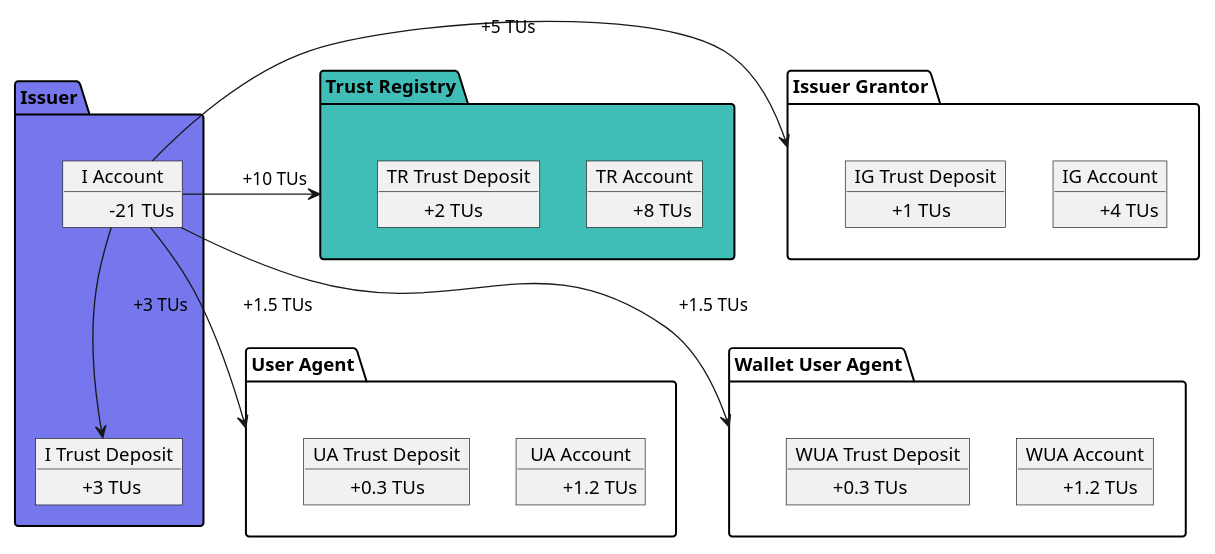
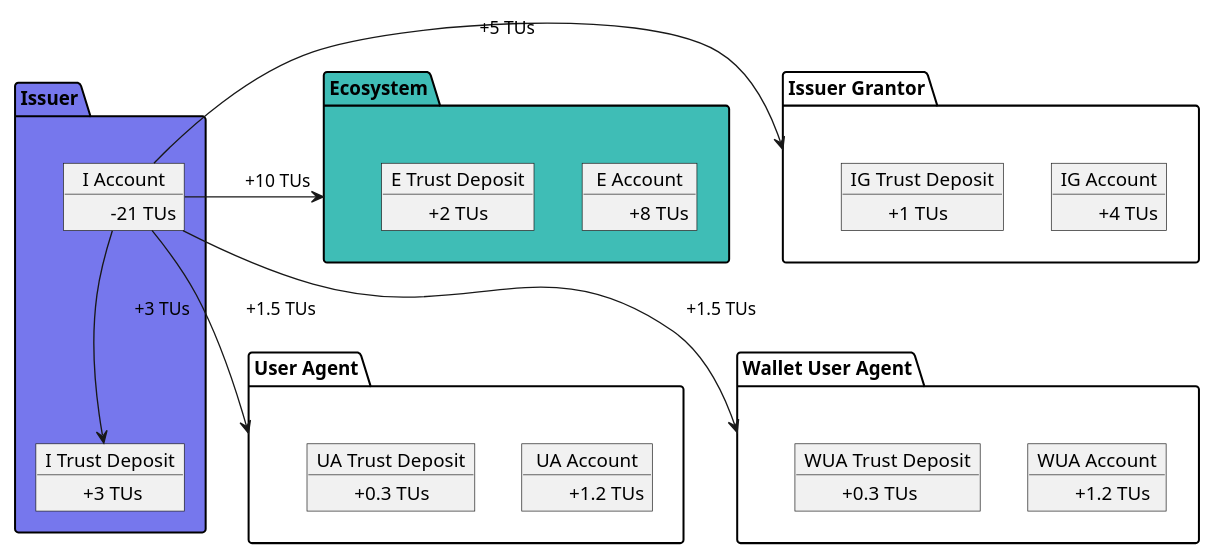
Before and after one commit to verana-labs/verifiable-trust-vpr-spec: the sixth of 15 diagrams in spec.md, drawn with PlantUML. The commit also changed other lines of this file and 1 other file, not shown here.

````diff
--- a/spec.md
+++ b/spec.md
@@ -484,68 +592,68 @@
 ```plantuml
 
 @startuml
 scale max 800 width
  
 
-package "Trust Registry" as tr #3fbdb6 {
-    object "TR Account" as tra {
+package "Ecosystem" as tr #3fbdb6 {
+    object "E Account" as tra {
          \t+8 TUs
     }
-    object "TR Trust Deposit" as trtd {
+    object "E Trust Deposit" as trtd {
          \t+2 TUs
     }
 }
 
 package "Issuer Grantor" as ig {
     object "IG Account" as iga {
         \t+4 TUs
     }
     object "IG Trust Deposit" as igtd {
         \t+1 TUs
     }
 }
 package "Issuer" as issuer #7677ed {
     object "I Account" as issuera {
          \t-21 TUs
     }
     object "I Trust Deposit" as issuertd {
          \t+3 TUs
     }
 
 }
 
 package "User Agent" as ua {
     object "UA Account" as uaa {
          \t+1.2 TUs
     }
     object "UA Trust Deposit" as uatd {
         \t+0.3 TUs
     }
 
 }
 package "Wallet User Agent" as wua {
     object "WUA Account" as wuaa {
          \t+1.2 TUs
     }
     object "WUA Trust Deposit" as wuatd {
         \t+0.3 TUs
     }
 
 }
 
 
 
 
 issuera -r-> tr: \t+10 TUs
 
 issuera -r-> ig: \t+5 TUs
 
 issuera -d-> ua: \t+1.5 TUs
 
 issuera -d-> wua: \t+1.5 TUs
 
 issuera --> issuertd:  \t+3 TUs
 
 @enduml
 
 ```
````
